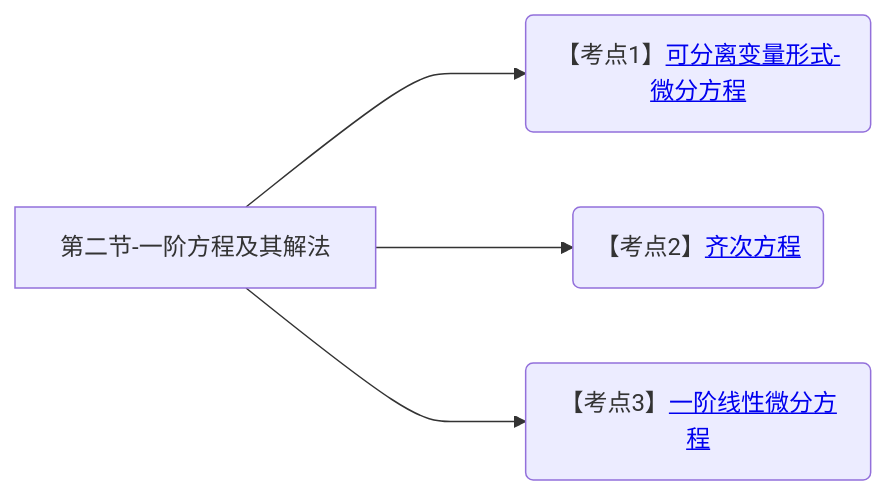
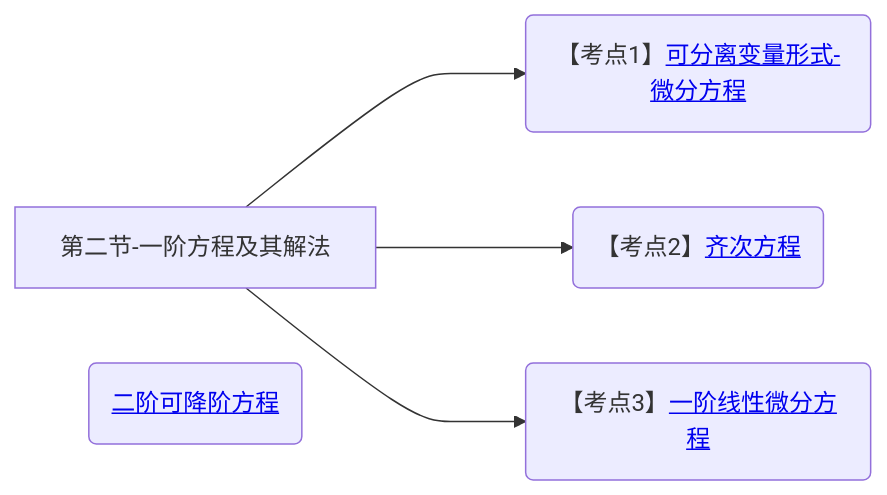
Before and after one commit to yuebinghui/note: diagram 24 of 25 in 笔记/数学/周洋鑫/01.基础班思维导图.md, drawn with Mermaid. The commit also changed other lines of this file and 3 other files, not shown here.

````diff
--- a/笔记/数学/周洋鑫/01.基础班思维导图.md
+++ b/笔记/数学/周洋鑫/01.基础班思维导图.md
@@ -840,13 +840,15 @@
 ```mermaid
 graph LR
 第二节-一阶方程及其解法
 
 第二节-一阶方程及其解法--->可分离变量形式-微分方程(【考点1】<a href="/Users/yuebinghui/Documents/program/github/note/笔记/数学/周洋鑫/基础班/27.定积分应用_2_and_微分方程_1.md#可分离变量形式-微分方程">可分离变量形式-微分方程</>)
 
 第二节-一阶方程及其解法--->齐次方程(【考点2】<a href="/Users/yuebinghui/Documents/program/github/note/笔记/数学/周洋鑫/基础班/28.微分方程_2.md#齐次方程">齐次方程</>)
 
 第二节-一阶方程及其解法--->一阶线性微分方程(【考点3】<a href="/Users/yuebinghui/Documents/program/github/note/笔记/数学/周洋鑫/基础班/28.微分方程_2.md#一阶线性微分方程">一阶线性微分方程</>)
 
+二阶可降阶方程(<a href="/Users/yuebinghui/Documents/program/github/note/笔记/数学/周洋鑫/基础班/28.微分方程_2.md#二阶可降阶方程">二阶可降阶方程</>)
+
 
 
 ```
````
